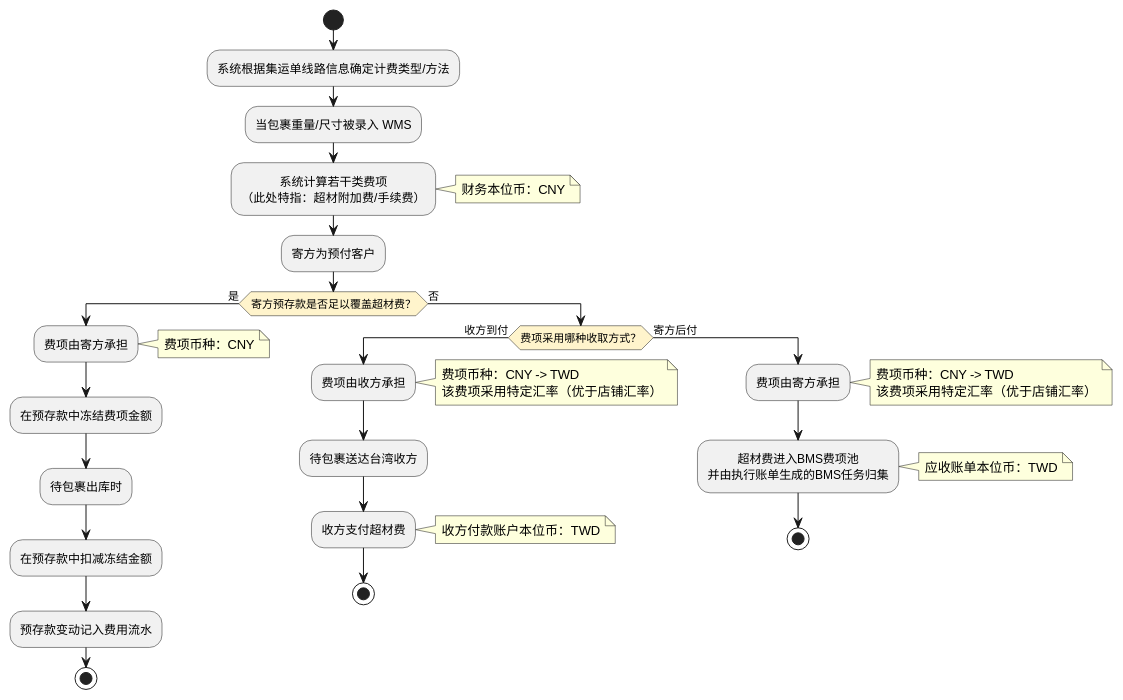
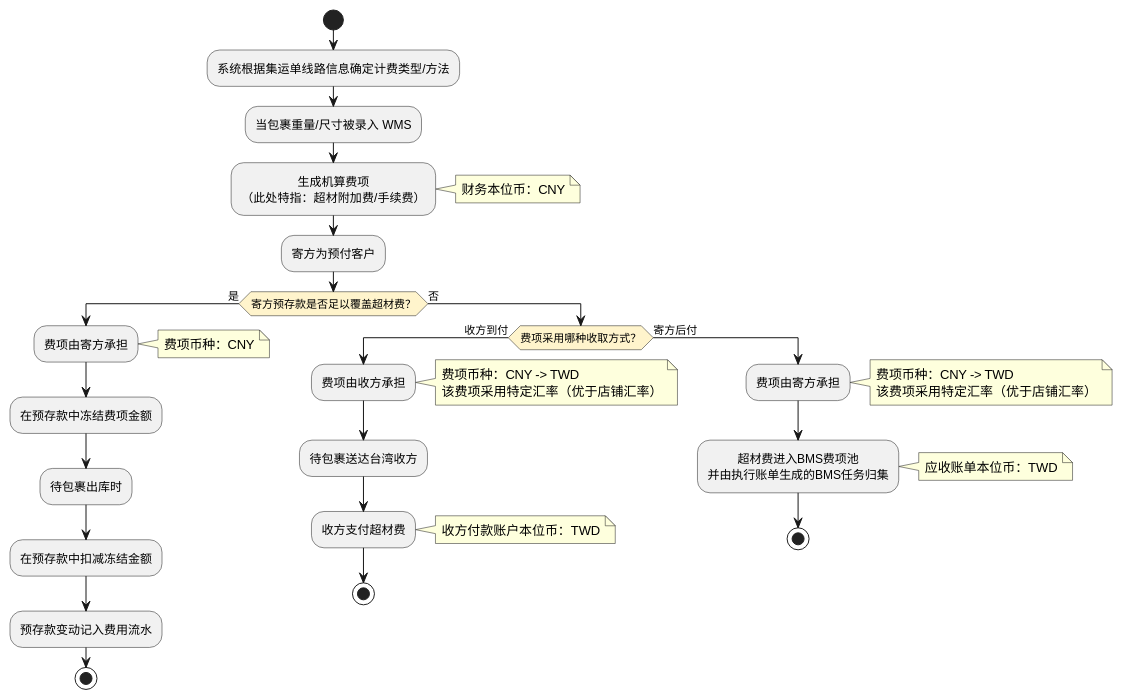
Before and after one commit to jack888332/projects-doc: diagram 17 of 19 in product-caliber/bms/prd/PRD.账单系统.md, drawn with PlantUML. The commit also changed other lines of this file and 2 other files, not shown here.

````diff
--- a/product-caliber/bms/prd/PRD.账单系统.md
+++ b/product-caliber/bms/prd/PRD.账单系统.md
@@ -3789,54 +3846,54 @@
 ```plantuml
 @startuml
 skinparam DefaultTextAlignment center
 skinparam NoteTextAlignment left
 skinparam shadowing false
 skinparam activityDiamondBackgroundColor #FFF4CC
 
 start
 :系统根据集运单线路信息确定计费类型/方法;
 :当包裹重量/尺寸被录入 WMS;
-:系统计算若干类费项\n（此处特指：超材附加费/手续费）;
+:生成机算费项\n（此处特指：超材附加费/手续费）;
 note right
 财务本位币：CNY
 end note
 
 :寄方为预付客户;
 if (寄方预存款是否足以覆盖超材费？) then (是)
   :费项由寄方承担;
   note right
   费项币种：CNY
   end note
   :在预存款中冻结费项金额;
   :待包裹出库时;
   :在预存款中扣减冻结金额;
   :预存款变动记入费用流水;
   stop
 else (否)
   if (费项采用哪种收取方式？) then (收方到付)
     :费项由收方承担;
     note right
     费项币种：CNY -> TWD
     该费项采用特定汇率（优于店铺汇率）
     end note
     :待包裹送达台湾收方;
     :收方支付超材费;
     note right
     收方付款账户本位币：TWD
     end note
     stop
   else (寄方后付)
     :费项由寄方承担;
     note right
     费项币种：CNY -> TWD
     该费项采用特定汇率（优于店铺汇率）
     end note
     :超材费进入BMS费项池\n并由执行账单生成的BMS任务归集;
     note right
     应收账单本位币：TWD
     end note
     stop
   endif
 endif
 @enduml
 ```
````
